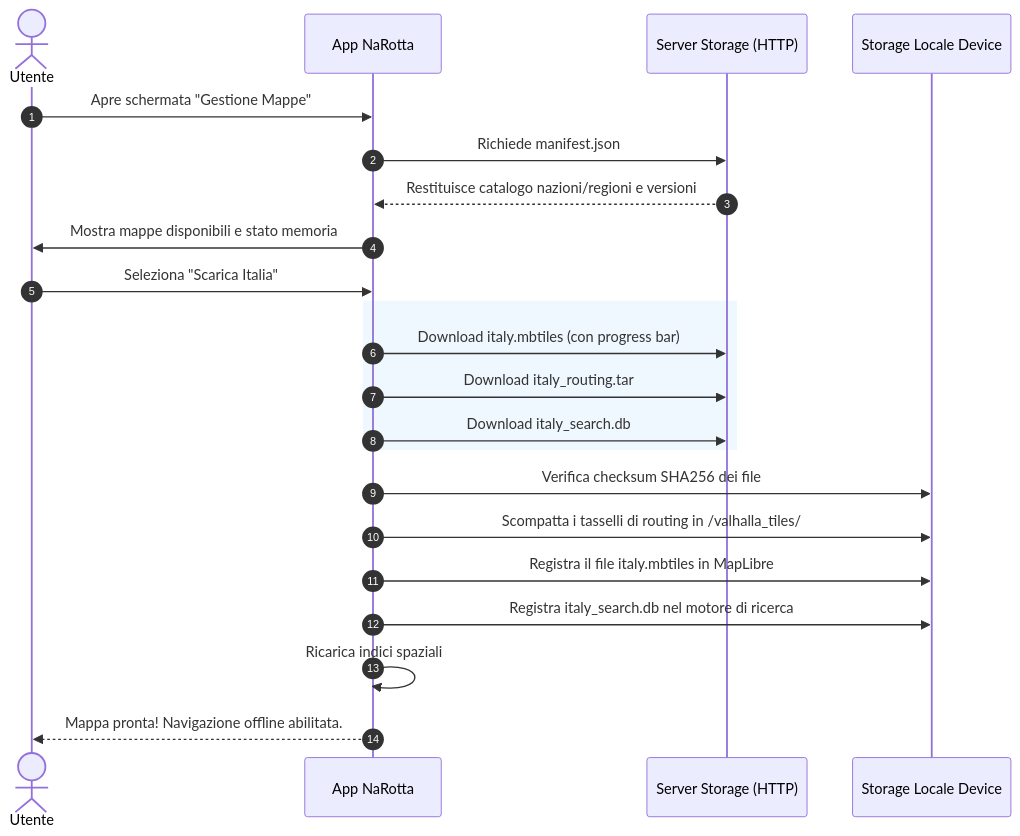
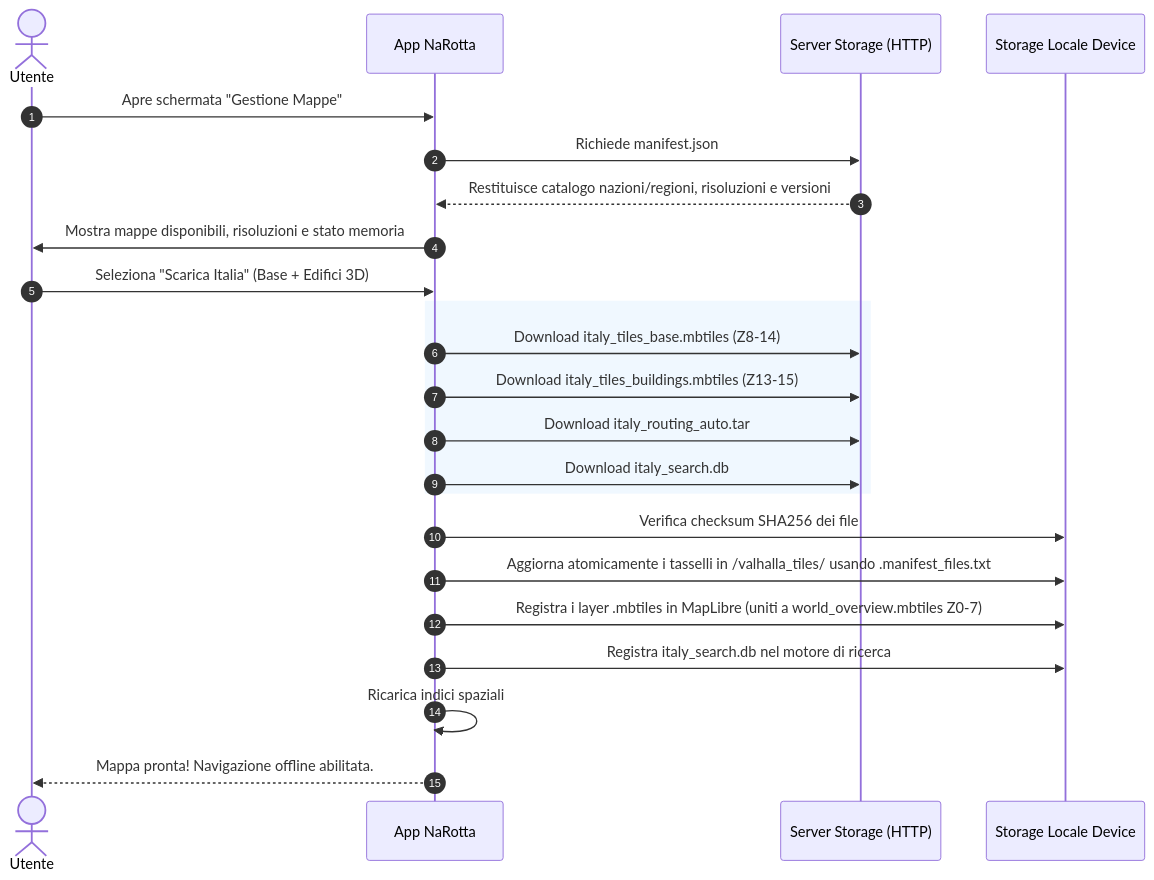
The sixth of 6 diagrams in .doc/01_generazione_mappe.md (pisolofin/narotta), drawn with Mermaid before and after one commit. The commit also changed other lines of this file and 122 other files, not shown here.

````diff
--- a/.doc/01_generazione_mappe.md
+++ b/.doc/01_generazione_mappe.md
@@ -365,27 +467,28 @@
 ```mermaid
 sequenceDiagram
     autonumber
     actor Utente
     participant App as App NaRotta
     participant Remote as Server Storage (HTTP)
     participant Storage as Storage Locale Device
 
     Utente->>App: Apre schermata "Gestione Mappe"
     App->>Remote: Richiede manifest.json
-    Remote-->>App: Restituisce catalogo nazioni/regioni e versioni
-    App->>Utente: Mostra mappe disponibili e stato memoria
-    Utente->>App: Seleziona "Scarica Italia"
+    Remote-->>App: Restituisce catalogo nazioni/regioni, risoluzioni e versioni
+    App->>Utente: Mostra mappe disponibili, risoluzioni e stato memoria
+    Utente->>App: Seleziona "Scarica Italia" (Base + Edifici 3D)
     
     rect rgb(240, 248, 255)
-        App->>Remote: Download italy.mbtiles (con progress bar)
-        App->>Remote: Download italy_routing.tar
+        App->>Remote: Download italy_tiles_base.mbtiles (Z8-14)
+        App->>Remote: Download italy_tiles_buildings.mbtiles (Z13-15)
+        App->>Remote: Download italy_routing_auto.tar
         App->>Remote: Download italy_search.db
     end
 
     App->>Storage: Verifica checksum SHA256 dei file
-    App->>Storage: Scompatta i tasselli di routing in /valhalla_tiles/
-    App->>Storage: Registra il file italy.mbtiles in MapLibre
+    App->>Storage: Aggiorna atomicamente i tasselli in /valhalla_tiles/ usando .manifest_files.txt
+    App->>Storage: Registra i layer .mbtiles in MapLibre (uniti a world_overview.mbtiles Z0-7)
     App->>Storage: Registra italy_search.db nel motore di ricerca
     App->>App: Ricarica indici spaziali
     App-->>Utente: Mappa pronta! Navigazione offline abilitata.
 ```
````
